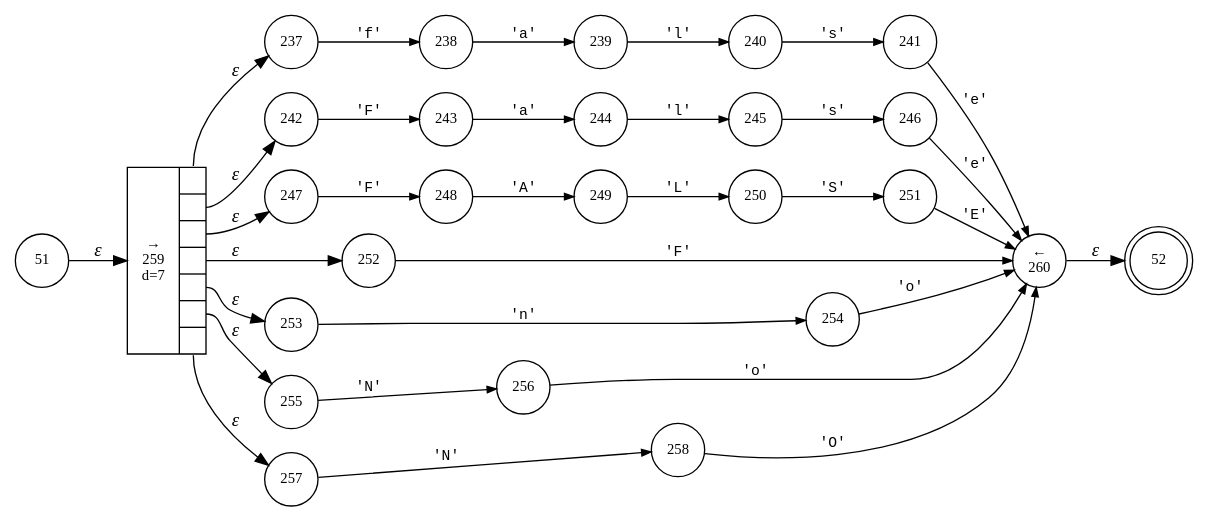
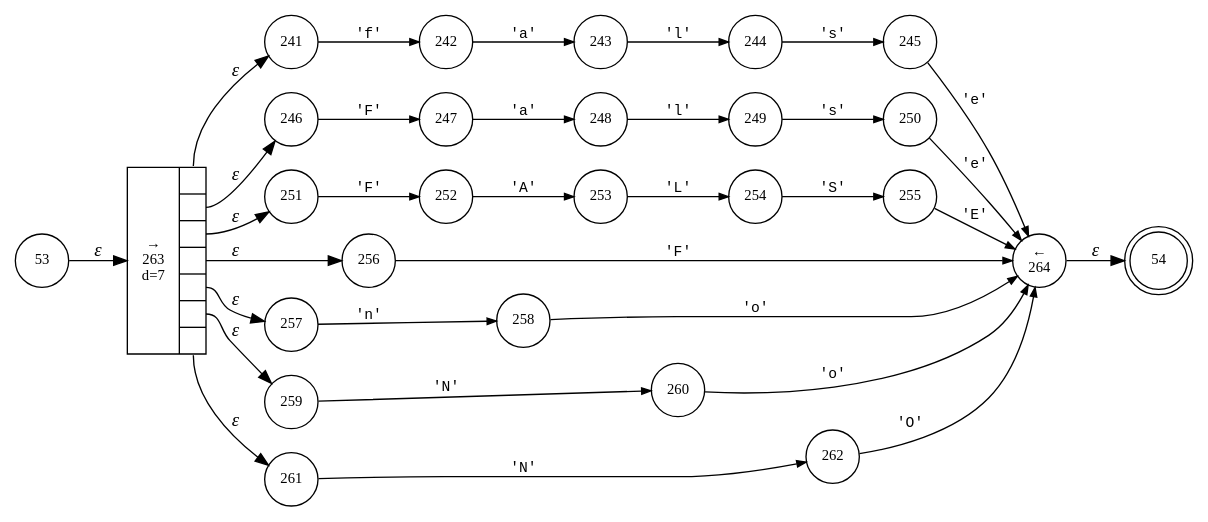
Before and after one commit to vulogov/Bund-old: the diagram in internal/parser/BundLexer.FALSE.dot, drawn with Graphviz. The commit also changed 169 other files, not shown here.

```diff
--- a/internal/parser/BundLexer.FALSE.dot
+++ b/internal/parser/BundLexer.FALSE.dot
@@ -1,60 +1,60 @@
 digraph ATN {
 rankdir=LR;
-s52[fontsize=11, label="52", shape=doublecircle, fixedsize=true, width=.6];
+s54[fontsize=11, label="54", shape=doublecircle, fixedsize=true, width=.6];
 s256[fontsize=11,label="256", shape=circle, fixedsize=true, width=.55, peripheries=1];
 s257[fontsize=11,label="257", shape=circle, fixedsize=true, width=.55, peripheries=1];
 s258[fontsize=11,label="258", shape=circle, fixedsize=true, width=.55, peripheries=1];
-s259[fontsize=11,label="{&rarr;\n259\nd=7|{<p0>|<p1>|<p2>|<p3>|<p4>|<p5>|<p6>}}", shape=record, fixedsize=false, peripheries=1];
-s260[fontsize=11,label="&larr;\n260", shape=circle, fixedsize=true, width=.55, peripheries=1];
-s237[fontsize=11,label="237", shape=circle, fixedsize=true, width=.55, peripheries=1];
-s238[fontsize=11,label="238", shape=circle, fixedsize=true, width=.55, peripheries=1];
-s239[fontsize=11,label="239", shape=circle, fixedsize=true, width=.55, peripheries=1];
-s240[fontsize=11,label="240", shape=circle, fixedsize=true, width=.55, peripheries=1];
+s259[fontsize=11,label="259", shape=circle, fixedsize=true, width=.55, peripheries=1];
+s260[fontsize=11,label="260", shape=circle, fixedsize=true, width=.55, peripheries=1];
+s261[fontsize=11,label="261", shape=circle, fixedsize=true, width=.55, peripheries=1];
+s262[fontsize=11,label="262", shape=circle, fixedsize=true, width=.55, peripheries=1];
+s263[fontsize=11,label="{&rarr;\n263\nd=7|{<p0>|<p1>|<p2>|<p3>|<p4>|<p5>|<p6>}}", shape=record, fixedsize=false, peripheries=1];
+s264[fontsize=11,label="&larr;\n264", shape=circle, fixedsize=true, width=.55, peripheries=1];
 s241[fontsize=11,label="241", shape=circle, fixedsize=true, width=.55, peripheries=1];
 s242[fontsize=11,label="242", shape=circle, fixedsize=true, width=.55, peripheries=1];
-s51[fontsize=11,label="51", shape=circle, fixedsize=true, width=.55, peripheries=1];
 s243[fontsize=11,label="243", shape=circle, fixedsize=true, width=.55, peripheries=1];
 s244[fontsize=11,label="244", shape=circle, fixedsize=true, width=.55, peripheries=1];
+s53[fontsize=11,label="53", shape=circle, fixedsize=true, width=.55, peripheries=1];
 s245[fontsize=11,label="245", shape=circle, fixedsize=true, width=.55, peripheries=1];
 s246[fontsize=11,label="246", shape=circle, fixedsize=true, width=.55, peripheries=1];
 s247[fontsize=11,label="247", shape=circle, fixedsize=true, width=.55, peripheries=1];
 s248[fontsize=11,label="248", shape=circle, fixedsize=true, width=.55, peripheries=1];
 s249[fontsize=11,label="249", shape=circle, fixedsize=true, width=.55, peripheries=1];
 s250[fontsize=11,label="250", shape=circle, fixedsize=true, width=.55, peripheries=1];
 s251[fontsize=11,label="251", shape=circle, fixedsize=true, width=.55, peripheries=1];
 s252[fontsize=11,label="252", shape=circle, fixedsize=true, width=.55, peripheries=1];
 s253[fontsize=11,label="253", shape=circle, fixedsize=true, width=.55, peripheries=1];
 s254[fontsize=11,label="254", shape=circle, fixedsize=true, width=.55, peripheries=1];
 s255[fontsize=11,label="255", shape=circle, fixedsize=true, width=.55, peripheries=1];
-s51 -> s259 [fontname="Times-Italic", label="&epsilon;"];
-s259:p0 -> s237 [fontname="Times-Italic", label="&epsilon;"];
-s259:p1 -> s242 [fontname="Times-Italic", label="&epsilon;"];
-s259:p2 -> s247 [fontname="Times-Italic", label="&epsilon;"];
-s259:p3 -> s252 [fontname="Times-Italic", label="&epsilon;"];
-s259:p4 -> s253 [fontname="Times-Italic", label="&epsilon;"];
-s259:p5 -> s255 [fontname="Times-Italic", label="&epsilon;"];
-s259:p6 -> s257 [fontname="Times-Italic", label="&epsilon;"];
-s237 -> s238 [fontsize=11, fontname="Courier", arrowsize=.7, label = "'f'", arrowhead = normal];
-s242 -> s243 [fontsize=11, fontname="Courier", arrowsize=.7, label = "'F'", arrowhead = normal];
-s247 -> s248 [fontsize=11, fontname="Courier", arrowsize=.7, label = "'F'", arrowhead = normal];
-s252 -> s260 [fontsize=11, fontname="Courier", arrowsize=.7, label = "'F'", arrowhead = normal];
-s253 -> s254 [fontsize=11, fontname="Courier", arrowsize=.7, label = "'n'", arrowhead = normal];
-s255 -> s256 [fontsize=11, fontname="Courier", arrowsize=.7, label = "'N'", arrowhead = normal];
-s257 -> s258 [fontsize=11, fontname="Courier", arrowsize=.7, label = "'N'", arrowhead = normal];
-s238 -> s239 [fontsize=11, fontname="Courier", arrowsize=.7, label = "'a'", arrowhead = normal];
-s243 -> s244 [fontsize=11, fontname="Courier", arrowsize=.7, label = "'a'", arrowhead = normal];
-s248 -> s249 [fontsize=11, fontname="Courier", arrowsize=.7, label = "'A'", arrowhead = normal];
-s260 -> s52 [fontname="Times-Italic", label="&epsilon;"];
-s254 -> s260 [fontsize=11, fontname="Courier", arrowsize=.7, label = "'o'", arrowhead = normal];
-s256 -> s260 [fontsize=11, fontname="Courier", arrowsize=.7, label = "'o'", arrowhead = normal];
-s258 -> s260 [fontsize=11, fontname="Courier", arrowsize=.7, label = "'O'", arrowhead = normal];
-s239 -> s240 [fontsize=11, fontname="Courier", arrowsize=.7, label = "'l'", arrowhead = normal];
-s244 -> s245 [fontsize=11, fontname="Courier", arrowsize=.7, label = "'l'", arrowhead = normal];
-s249 -> s250 [fontsize=11, fontname="Courier", arrowsize=.7, label = "'L'", arrowhead = normal];
-s240 -> s241 [fontsize=11, fontname="Courier", arrowsize=.7, label = "'s'", arrowhead = normal];
-s245 -> s246 [fontsize=11, fontname="Courier", arrowsize=.7, label = "'s'", arrowhead = normal];
-s250 -> s251 [fontsize=11, fontname="Courier", arrowsize=.7, label = "'S'", arrowhead = normal];
-s241 -> s260 [fontsize=11, fontname="Courier", arrowsize=.7, label = "'e'", arrowhead = normal];
-s246 -> s260 [fontsize=11, fontname="Courier", arrowsize=.7, label = "'e'", arrowhead = normal];
-s251 -> s260 [fontsize=11, fontname="Courier", arrowsize=.7, label = "'E'", arrowhead = normal];
+s53 -> s263 [fontname="Times-Italic", label="&epsilon;"];
+s263:p0 -> s241 [fontname="Times-Italic", label="&epsilon;"];
+s263:p1 -> s246 [fontname="Times-Italic", label="&epsilon;"];
+s263:p2 -> s251 [fontname="Times-Italic", label="&epsilon;"];
+s263:p3 -> s256 [fontname="Times-Italic", label="&epsilon;"];
+s263:p4 -> s257 [fontname="Times-Italic", label="&epsilon;"];
+s263:p5 -> s259 [fontname="Times-Italic", label="&epsilon;"];
+s263:p6 -> s261 [fontname="Times-Italic", label="&epsilon;"];
+s241 -> s242 [fontsize=11, fontname="Courier", arrowsize=.7, label = "'f'", arrowhead = normal];
+s246 -> s247 [fontsize=11, fontname="Courier", arrowsize=.7, label = "'F'", arrowhead = normal];
+s251 -> s252 [fontsize=11, fontname="Courier", arrowsize=.7, label = "'F'", arrowhead = normal];
+s256 -> s264 [fontsize=11, fontname="Courier", arrowsize=.7, label = "'F'", arrowhead = normal];
+s257 -> s258 [fontsize=11, fontname="Courier", arrowsize=.7, label = "'n'", arrowhead = normal];
+s259 -> s260 [fontsize=11, fontname="Courier", arrowsize=.7, label = "'N'", arrowhead = normal];
+s261 -> s262 [fontsize=11, fontname="Courier", arrowsize=.7, label = "'N'", arrowhead = normal];
+s242 -> s243 [fontsize=11, fontname="Courier", arrowsize=.7, label = "'a'", arrowhead = normal];
+s247 -> s248 [fontsize=11, fontname="Courier", arrowsize=.7, label = "'a'", arrowhead = normal];
+s252 -> s253 [fontsize=11, fontname="Courier", arrowsize=.7, label = "'A'", arrowhead = normal];
+s264 -> s54 [fontname="Times-Italic", label="&epsilon;"];
+s258 -> s264 [fontsize=11, fontname="Courier", arrowsize=.7, label = "'o'", arrowhead = normal];
+s260 -> s264 [fontsize=11, fontname="Courier", arrowsize=.7, label = "'o'", arrowhead = normal];
+s262 -> s264 [fontsize=11, fontname="Courier", arrowsize=.7, label = "'O'", arrowhead = normal];
+s243 -> s244 [fontsize=11, fontname="Courier", arrowsize=.7, label = "'l'", arrowhead = normal];
+s248 -> s249 [fontsize=11, fontname="Courier", arrowsize=.7, label = "'l'", arrowhead = normal];
+s253 -> s254 [fontsize=11, fontname="Courier", arrowsize=.7, label = "'L'", arrowhead = normal];
+s244 -> s245 [fontsize=11, fontname="Courier", arrowsize=.7, label = "'s'", arrowhead = normal];
+s249 -> s250 [fontsize=11, fontname="Courier", arrowsize=.7, label = "'s'", arrowhead = normal];
+s254 -> s255 [fontsize=11, fontname="Courier", arrowsize=.7, label = "'S'", arrowhead = normal];
+s245 -> s264 [fontsize=11, fontname="Courier", arrowsize=.7, label = "'e'", arrowhead = normal];
+s250 -> s264 [fontsize=11, fontname="Courier", arrowsize=.7, label = "'e'", arrowhead = normal];
+s255 -> s264 [fontsize=11, fontname="Courier", arrowsize=.7, label = "'E'", arrowhead = normal];
 }
```
